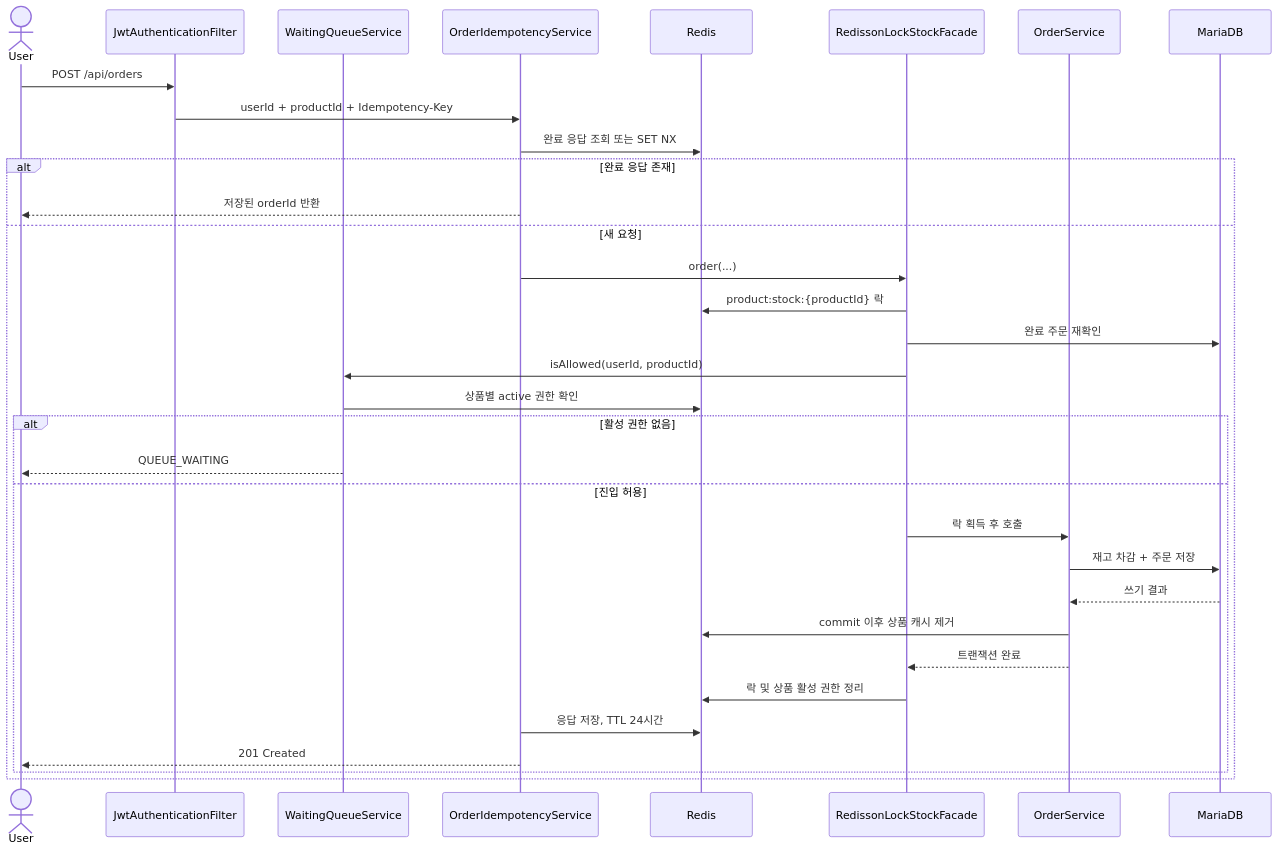
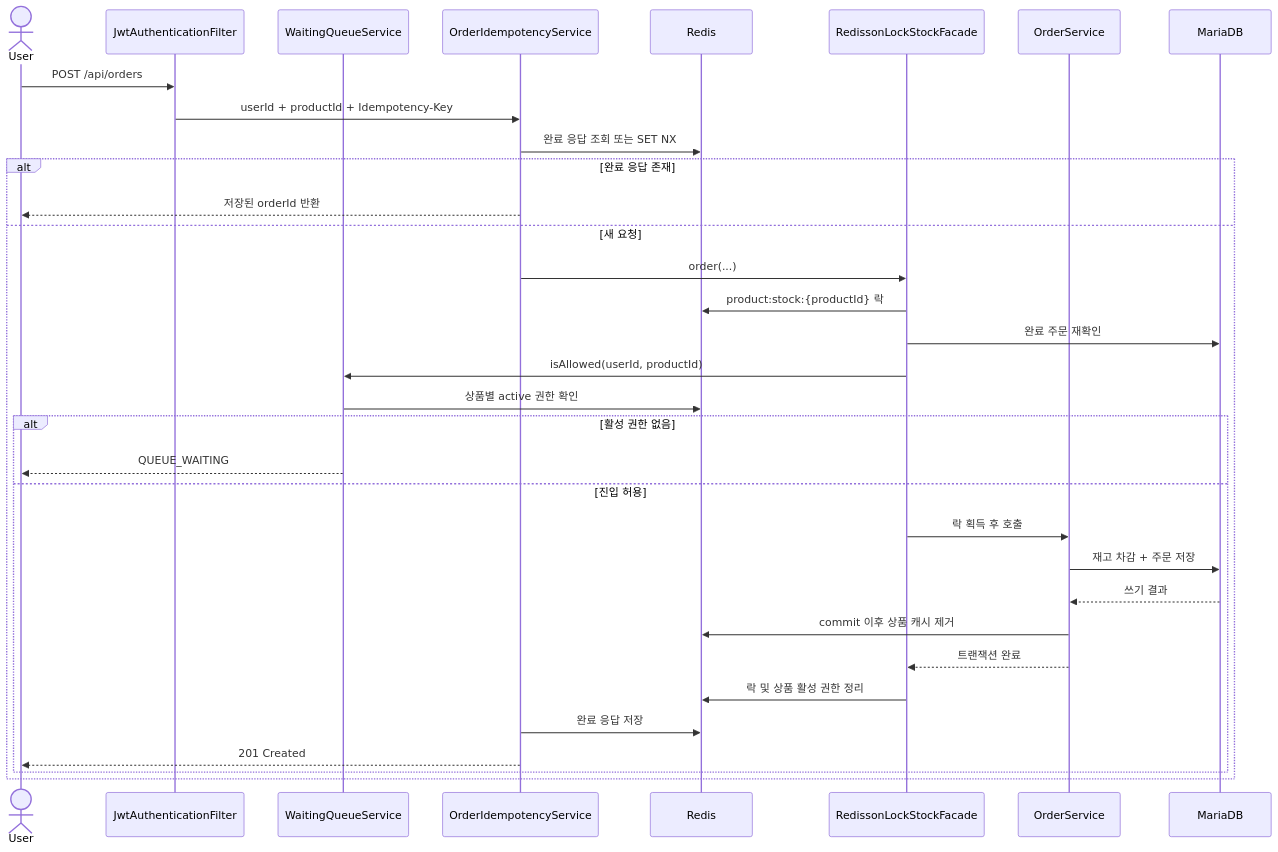
The diagram in docs/architecture.md (juhwanz/eshop-refac), drawn with Mermaid before and after one commit. The commit also changed other lines of this file and 9 other files, not shown here.

````diff
--- a/docs/architecture.md
+++ b/docs/architecture.md
@@ -18,36 +18,36 @@
 ```mermaid
 sequenceDiagram
     actor User
     participant Security as JwtAuthenticationFilter
     participant Queue as WaitingQueueService
     participant Idempotency as OrderIdempotencyService
     participant Redis
     participant Facade as RedissonLockStockFacade
     participant Service as OrderService
     participant DB as MariaDB
 
     User->>Security: POST /api/orders
     Security->>Idempotency: userId + productId + Idempotency-Key
     Idempotency->>Redis: 완료 응답 조회 또는 SET NX
     alt 완료 응답 존재
         Idempotency-->>User: 저장된 orderId 반환
     else 새 요청
         Idempotency->>Facade: order(...)
         Facade->>Redis: product:stock:{productId} 락
         Facade->>DB: 완료 주문 재확인
         Facade->>Queue: isAllowed(userId, productId)
         Queue->>Redis: 상품별 active 권한 확인
         alt 활성 권한 없음
             Queue-->>User: QUEUE_WAITING
         else 진입 허용
             Facade->>Service: 락 획득 후 호출
             Service->>DB: 재고 차감 + 주문 저장
             DB-->>Service: 쓰기 결과
             Service->>Redis: commit 이후 상품 캐시 제거
             Service-->>Facade: 트랜잭션 완료
             Facade->>Redis: 락 및 상품 활성 권한 정리
-            Idempotency->>Redis: 응답 저장, TTL 24시간
+            Idempotency->>Redis: 완료 응답 저장
             Idempotency-->>User: 201 Created
         end
     end
 ```
````
